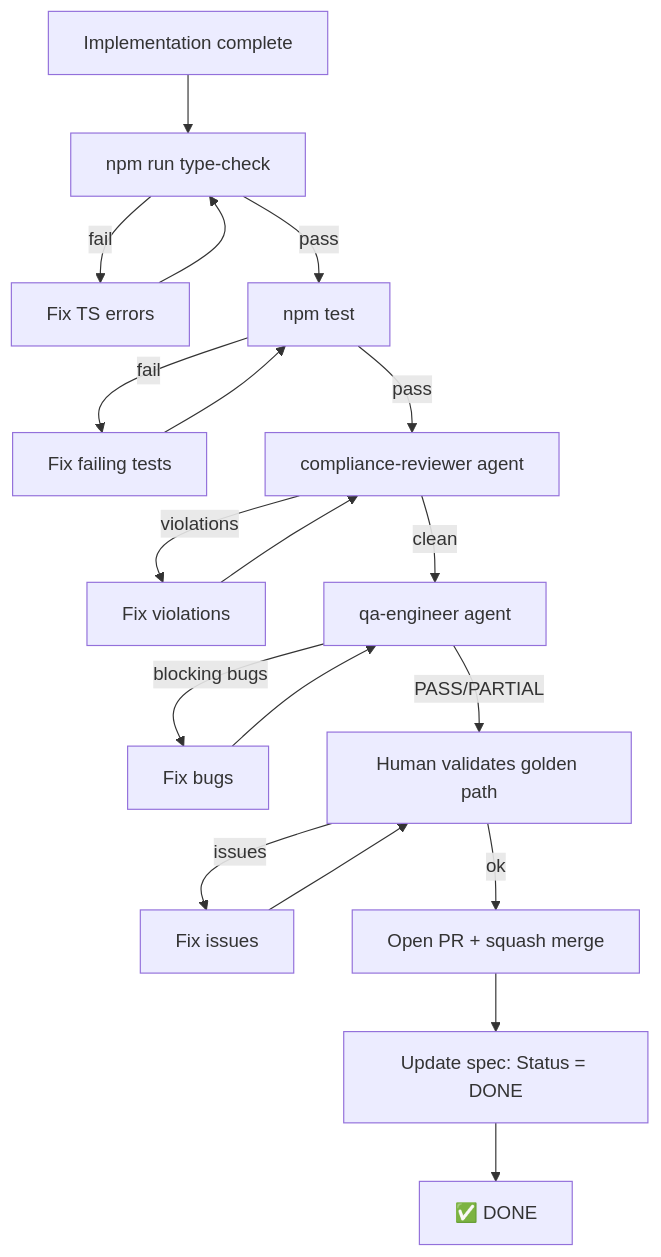
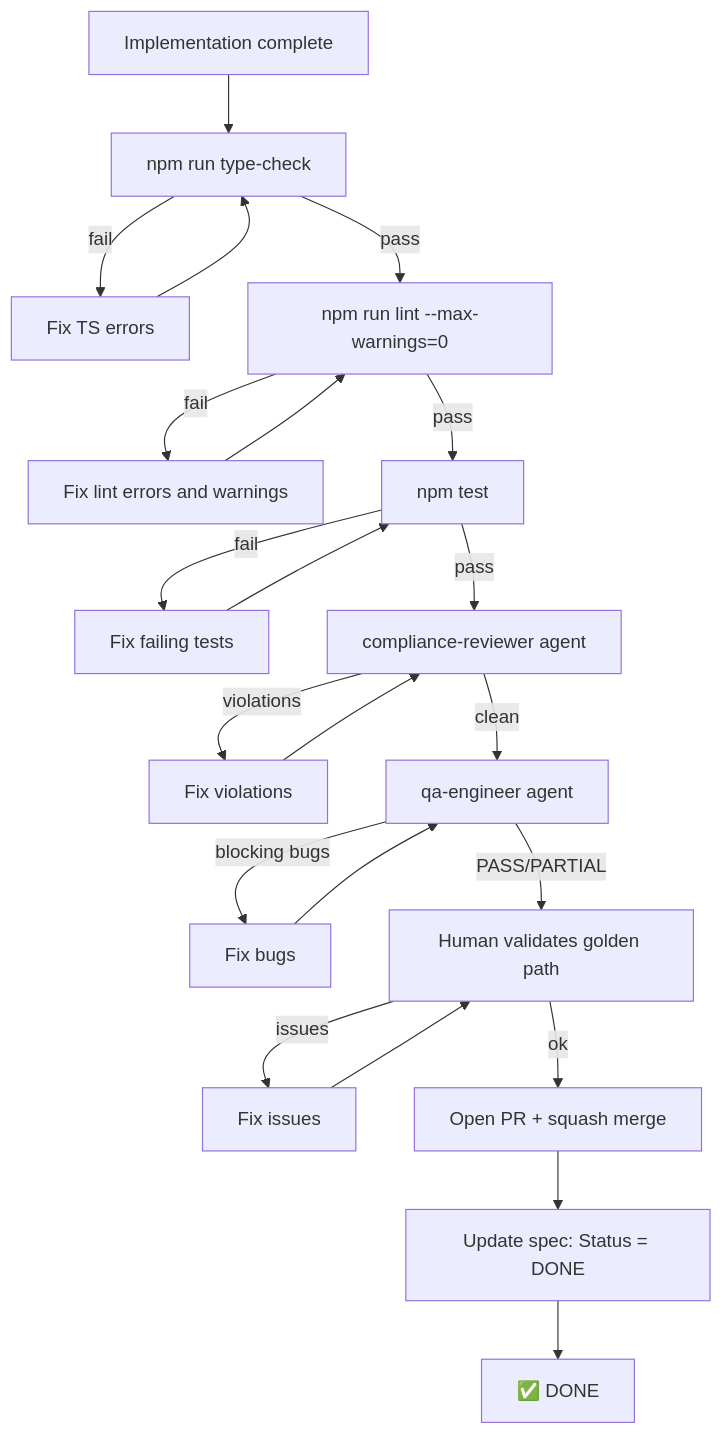
The second of 3 diagrams in docs/decisions/DOR-DOD.md (ricardoafo-org/amg-saas-factory), drawn with Mermaid before and after one commit. The commit also changed other lines of this file and 24 other files, not shown here.

First line of the commit message:
chore(lint): strict ESLint + zero-warnings DoD gate (#101)

````diff
--- a/docs/decisions/DOR-DOD.md
+++ b/docs/decisions/DOR-DOD.md
@@ -83,21 +105,24 @@
 ```mermaid
 flowchart TD
     A[Implementation complete] --> B[npm run type-check]
     B -- fail --> Z1[Fix TS errors]
     Z1 --> B
-    B -- pass --> C[npm test]
+    B -- pass --> BL[npm run lint --max-warnings=0]
+    BL -- fail --> ZL[Fix lint errors and warnings]
+    ZL --> BL
+    BL -- pass --> C[npm test]
     C -- fail --> Z2[Fix failing tests]
     Z2 --> C
     C -- pass --> D[compliance-reviewer agent]
     D -- violations --> Z3[Fix violations]
     Z3 --> D
     D -- clean --> E[qa-engineer agent]
     E -- blocking bugs --> Z4[Fix bugs]
     Z4 --> E
     E -- PASS/PARTIAL --> F[Human validates golden path]
     F -- issues --> Z5[Fix issues]
     Z5 --> F
     F -- ok --> G[Open PR + squash merge]
     G --> H[Update spec: Status = DONE]
     H --> I[✅ DONE]
 ```
````
